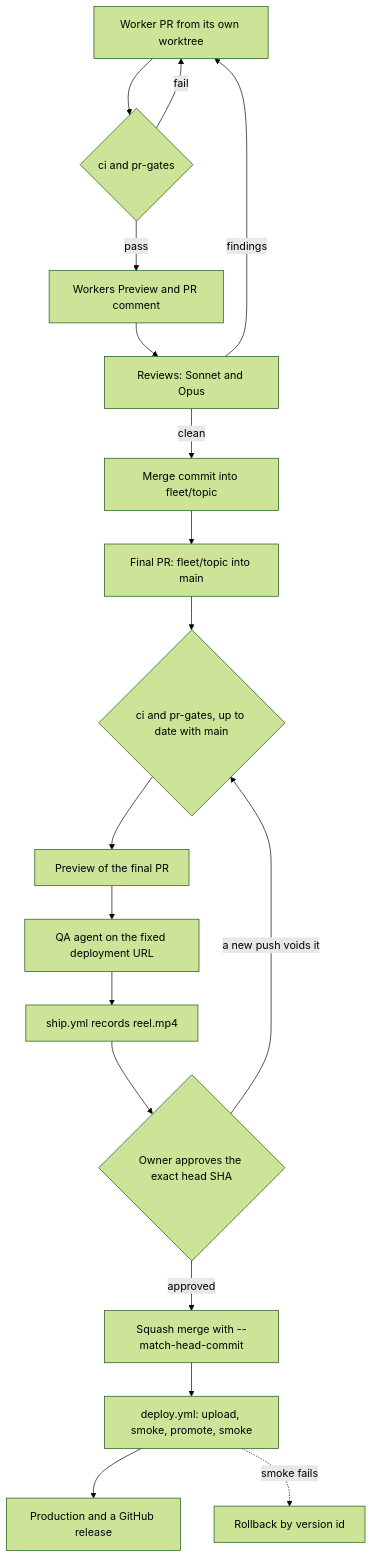
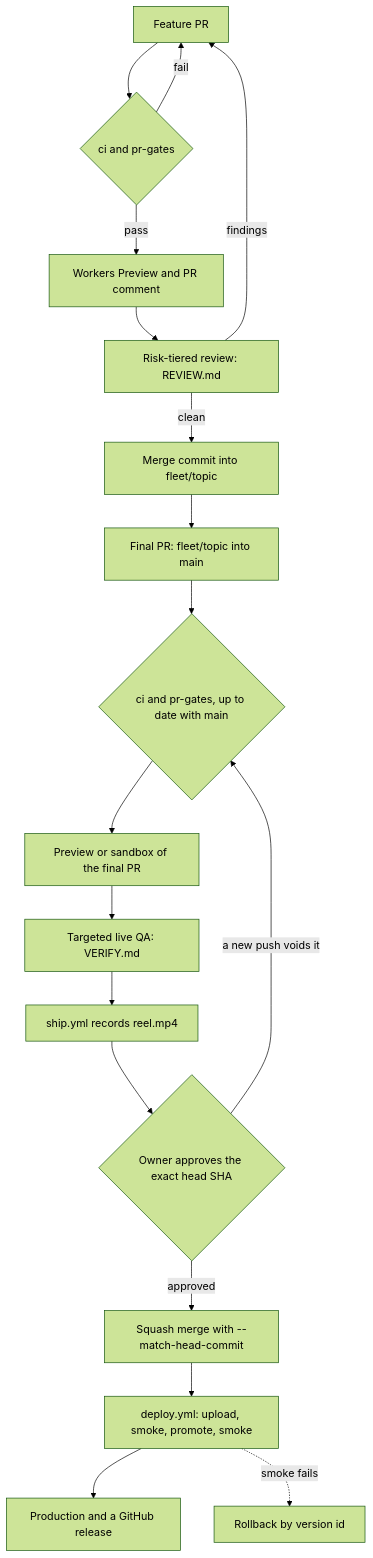
The diagram in docs/architecture.md (Useful-Build/inhouse), drawn with Mermaid (forest theme) before and after one commit. The commit also changed other lines of this file and 9 other files, not shown here.

First line of the commit message:
docs: address Opus 5.5 review findings across root guides and plans

````diff
--- a/docs/architecture.md
+++ b/docs/architecture.md
@@ -113,20 +113,20 @@
 ```mermaid
 flowchart TD
-  W[Worker PR from its own worktree] --> CI{ci and pr-gates}
+  W[Feature PR] --> CI{ci and pr-gates}
   CI -- fail --> W
   CI -- pass --> PV[Workers Preview and PR comment]
-  PV --> RV[Reviews: Sonnet and Opus]
+  PV --> RV[Risk-tiered review: REVIEW.md]
   RV -- findings --> W
   RV -- clean --> M1[Merge commit into fleet/topic]
   M1 --> F[Final PR: fleet/topic into main]
   F --> CI2{ci and pr-gates, up to date with main}
-  CI2 --> PV2[Preview of the final PR]
-  PV2 --> QA[QA agent on the fixed deployment URL]
+  CI2 --> PV2[Preview or sandbox of the final PR]
+  PV2 --> QA[Targeted live QA: VERIFY.md]
   QA --> SH[ship.yml records reel.mp4]
   SH --> AP{Owner approves the exact head SHA}
   AP -- a new push voids it --> CI2
   AP -- approved --> SQ[Squash merge with --match-head-commit]
   SQ --> DP[deploy.yml: upload, smoke, promote, smoke]
   DP --> PR[Production and a GitHub release]
   DP -. smoke fails .-> RB[Rollback by version id]
 ```
````
